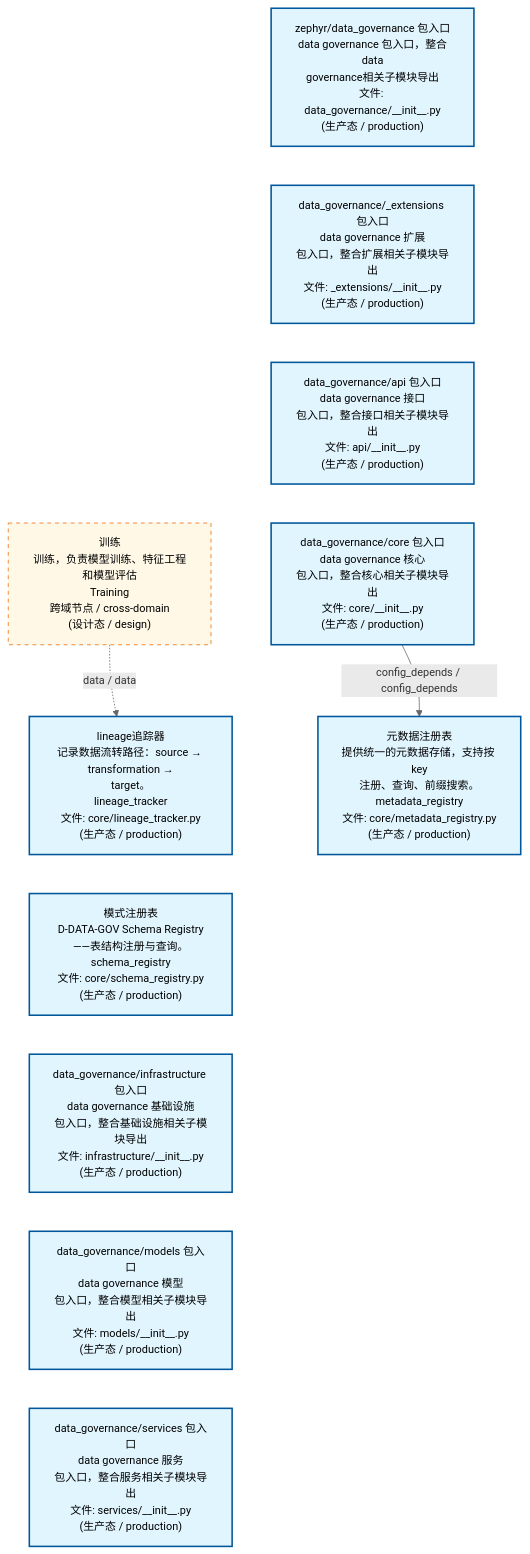
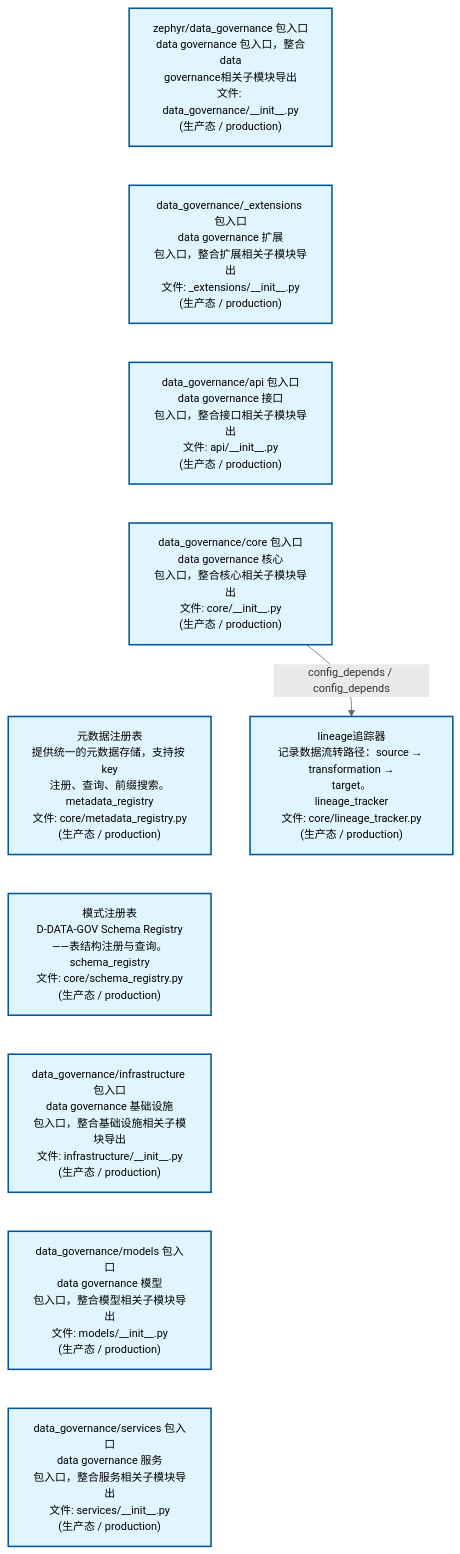
Before and after one commit to xuanFelixVan/ZephyrAlpha: the first of 2 diagrams in docs/02_enterprise_architecture/02_domain_architecture_docs/13_d_data_gov.md, drawn with Mermaid. The commit also changed other lines of this file and 122 other files, not shown here.

````diff
--- a/docs/02_enterprise_architecture/02_domain_architecture_docs/13_d_data_gov.md
+++ b/docs/02_enterprise_architecture/02_domain_architecture_docs/13_d_data_gov.md
@@ -53,31 +53,28 @@
 ```mermaid
 %%{init: {'theme': 'base', 'themeVariables': {'primaryColor': '#eaeaea', 'primaryTextColor': '#333333', 'primaryBorderColor': '#666666', 'lineColor': '#666666', 'secondaryColor': '#eaeaea', 'tertiaryColor': '#eaeaea', 'fontSize': '14px'}}}%%
 flowchart TD
     src_zephyr_data_governance_init_py["zephyr/data_governance 包入口<br/>data governance 包入口，整合data<br/>governance相关子模块导出<br/>文件: data_governance/__init__.py<br/>(生产态 / production)"]
     src_zephyr_data_governance_extensions_init_py["data_governance/_extensions 包入口<br/>data governance 扩展<br/>包入口，整合扩展相关子模块导出<br/>文件: _extensions/__init__.py<br/>(生产态 / production)"]
     src_zephyr_data_governance_api_init_py["data_governance/api 包入口<br/>data governance 接口<br/>包入口，整合接口相关子模块导出<br/>文件: api/__init__.py<br/>(生产态 / production)"]
     src_zephyr_data_governance_core_init_py["data_governance/core 包入口<br/>data governance 核心<br/>包入口，整合核心相关子模块导出<br/>文件: core/__init__.py<br/>(生产态 / production)"]
-    src_zephyr_data_governance_core_lineage_tracker_py["lineage追踪器<br/>记录数据流转路径：source → transformation →<br/>target。<br/>lineage_tracker<br/>文件: core/lineage_tracker.py<br/>(生产态 / production)"]
+    src_zephyr_data_governance_core_metadata_registry_py["元数据注册表<br/>提供统一的元数据存储，支持按 key<br/>注册、查询、前缀搜索。<br/>metadata_registry<br/>文件: core/metadata_registry.py<br/>(生产态 / production)"]
     src_zephyr_data_governance_core_schema_registry_py["模式注册表<br/>D-DATA-GOV Schema Registry——表结构注册与查询。<br/>schema_registry<br/>文件: core/schema_registry.py<br/>(生产态 / production)"]
     src_zephyr_data_governance_infrastructure_init_py["data_governance/infrastructure 包入口<br/>data governance 基础设施<br/>包入口，整合基础设施相关子模块导出<br/>文件: infrastructure/__init__.py<br/>(生产态 / production)"]
     src_zephyr_data_governance_models_init_py["data_governance/models 包入口<br/>data governance 模型<br/>包入口，整合模型相关子模块导出<br/>文件: models/__init__.py<br/>(生产态 / production)"]
     src_zephyr_data_governance_services_init_py["data_governance/services 包入口<br/>data governance 服务<br/>包入口，整合服务相关子模块导出<br/>文件: services/__init__.py<br/>(生产态 / production)"]
     src_zephyr_data_governance_init_py ~~~ src_zephyr_data_governance_extensions_init_py
     src_zephyr_data_governance_extensions_init_py ~~~ src_zephyr_data_governance_api_init_py
     src_zephyr_data_governance_api_init_py ~~~ src_zephyr_data_governance_core_init_py
-    src_zephyr_data_governance_core_init_py ~~~ src_zephyr_data_governance_core_lineage_tracker_py
-    src_zephyr_data_governance_core_lineage_tracker_py ~~~ src_zephyr_data_governance_core_schema_registry_py
+    src_zephyr_data_governance_core_init_py ~~~ src_zephyr_data_governance_core_metadata_registry_py
+    src_zephyr_data_governance_core_metadata_registry_py ~~~ src_zephyr_data_governance_core_schema_registry_py
     src_zephyr_data_governance_core_schema_registry_py ~~~ src_zephyr_data_governance_infrastructure_init_py
     src_zephyr_data_governance_infrastructure_init_py ~~~ src_zephyr_data_governance_models_init_py
     src_zephyr_data_governance_models_init_py ~~~ src_zephyr_data_governance_services_init_py
-    src_zephyr_data_governance_core_metadata_registry_py["元数据注册表<br/>提供统一的元数据存储，支持按 key<br/>注册、查询、前缀搜索。<br/>metadata_registry<br/>文件: core/metadata_registry.py<br/>(生产态 / production)"]
-    src_zephyr_data_governance_core_init_py -->|config_depends / config_depends| src_zephyr_data_governance_core_metadata_registry_py
-    D_ML_TRAIN["训练<br/>训练，负责模型训练、特征工程和模型评估<br/>Training<br/>跨域节点 / cross-domain<br/>(设计态 / design)"]
-    D_ML_TRAIN -.->|data / data| src_zephyr_data_governance_core_lineage_tracker_py
+    src_zephyr_data_governance_core_lineage_tracker_py["lineage追踪器<br/>记录数据流转路径：source → transformation →<br/>target。<br/>lineage_tracker<br/>文件: core/lineage_tracker.py<br/>(生产态 / production)"]
+    src_zephyr_data_governance_core_init_py -->|config_depends / config_depends| src_zephyr_data_governance_core_lineage_tracker_py
     classDef production fill:#e1f5fe,stroke:#01579b,stroke-width:2px,color:#000
     classDef design fill:#fff3e0,stroke:#e65100,stroke-width:2px,color:#000,stroke-dasharray: 5 5
     classDef external_prod fill:#e8f4fd,stroke:#0277bd,stroke-width:1px,color:#000
     classDef external_design fill:#fff8e7,stroke:#ef6c00,stroke-width:1px,color:#000,stroke-dasharray: 5 5
     class src_zephyr_data_governance_init_py,src_zephyr_data_governance_extensions_init_py,src_zephyr_data_governance_api_init_py,src_zephyr_data_governance_core_init_py,src_zephyr_data_governance_core_lineage_tracker_py,src_zephyr_data_governance_core_metadata_registry_py,src_zephyr_data_governance_core_schema_registry_py,src_zephyr_data_governance_infrastructure_init_py,src_zephyr_data_governance_models_init_py,src_zephyr_data_governance_services_init_py production
-    class D_ML_TRAIN external_design
 ```
````
